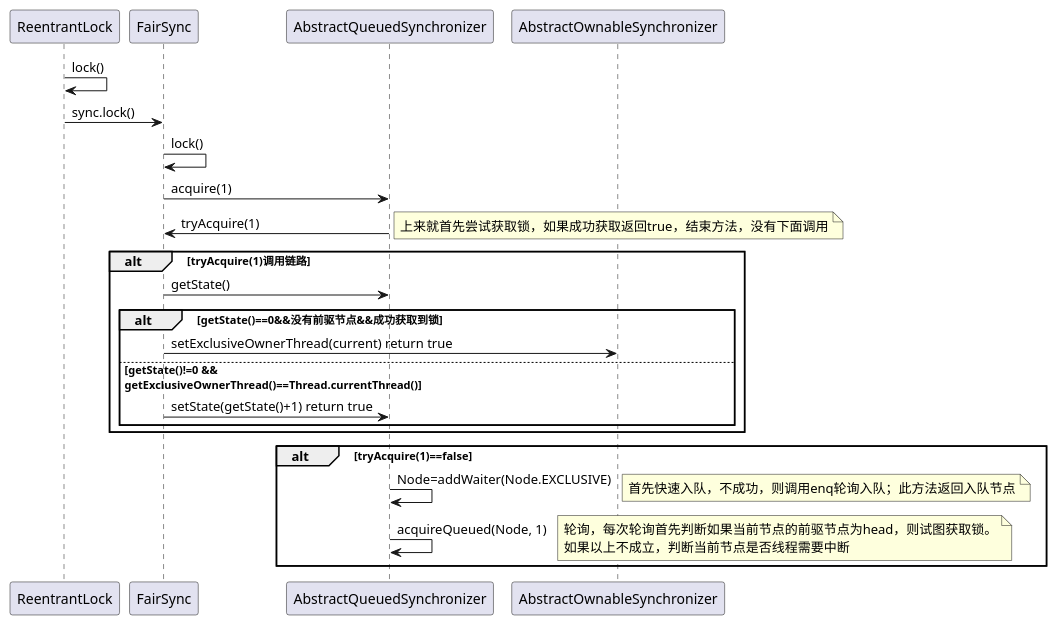
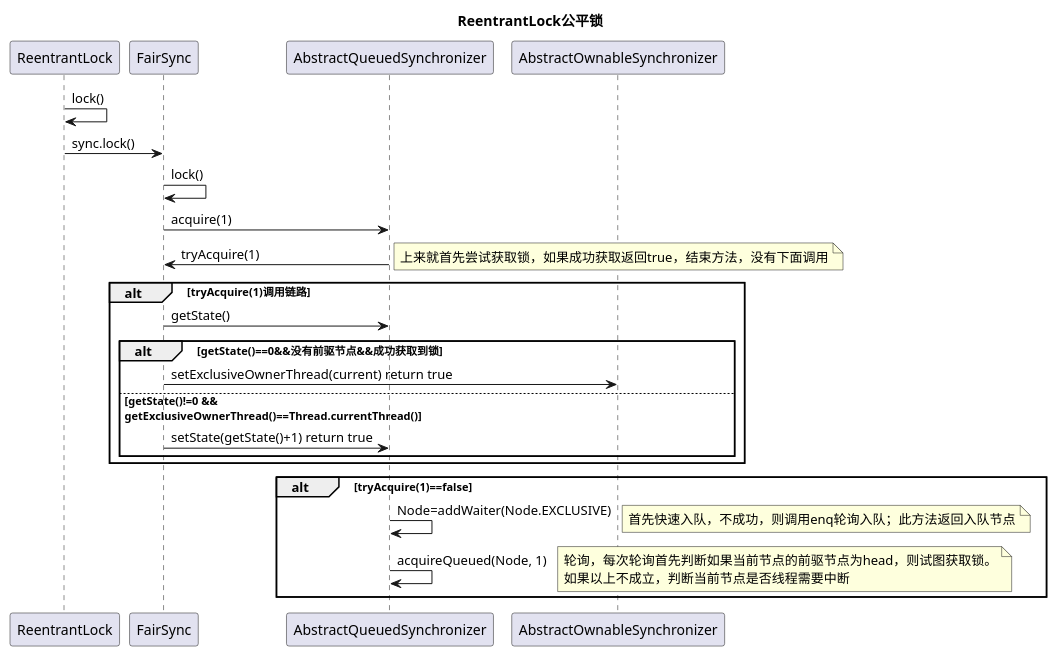
One commit to newbigTech/myDesignPattern changed the diagram in uml/AQS/ReentrantLock.puml. Above: the diagram before and after it, drawn with PlantUML.

Commit message:
code commit

```diff
--- a/uml/AQS/ReentrantLock.puml
+++ b/uml/AQS/ReentrantLock.puml
@@ -1,27 +1,28 @@
 @startuml
 participant "ReentrantLock" as ReentrantLock
 participant "FairSync" as FairSync
 participant "AbstractQueuedSynchronizer" as AbstractQueuedSynchronizer
 participant "AbstractOwnableSynchronizer" as AbstractOwnableSynchronizer
+title ReentrantLock公平锁
 ReentrantLock -> ReentrantLock: lock()
 ReentrantLock -> FairSync: sync.lock()
 FairSync -> FairSync: lock()
 FairSync -> AbstractQueuedSynchronizer: acquire(1)
 AbstractQueuedSynchronizer -> FairSync: tryAcquire(1)
 note right:上来就首先尝试获取锁，如果成功获取返回true，结束方法，没有下面调用
 alt tryAcquire(1)调用链路
     FairSync -> AbstractQueuedSynchronizer: getState()
     alt getState()==0&&没有前驱节点&&成功获取到锁
         FairSync-> AbstractOwnableSynchronizer:setExclusiveOwnerThread(current) return true
     else getState()!=0 && \ngetExclusiveOwnerThread()==Thread.currentThread()
     FairSync -> AbstractQueuedSynchronizer: setState(getState()+1) return true
     end
 end
 
 alt tryAcquire(1)==false
     AbstractQueuedSynchronizer->AbstractQueuedSynchronizer:Node=addWaiter(Node.EXCLUSIVE)
     note right:首先快速入队，不成功，则调用enq轮询入队；此方法返回入队节点
     AbstractQueuedSynchronizer->AbstractQueuedSynchronizer:acquireQueued(Node, 1)
     note right:轮询，每次轮询首先判断如果当前节点的前驱节点为head，则试图获取锁。\n如果以上不成立，判断当前节点是否线程需要中断
 end
 @enduml
```
